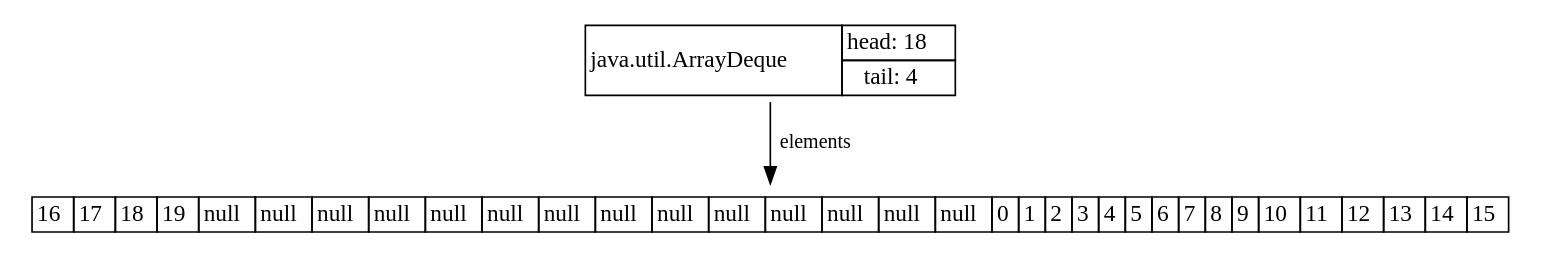
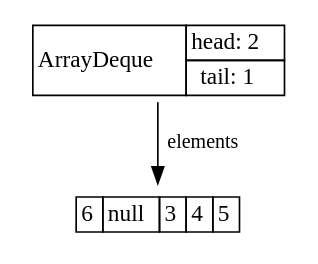
One commit to openjdk/jol changed diagram 11 of 18 in doc/src/main/asciidoc/start.adoc. Above: the diagram before and after it, drawn with Graphviz. The commit also changed other lines of this file and 3 other files, not shown here.

```diff
--- a/doc/src/main/asciidoc/start.adoc
+++ b/doc/src/main/asciidoc/start.adoc
@@ -944,62 +919,32 @@
 [graphviz]
 ----
 digraph Java {
 	rankdir="TB";
 	node[shape=plaintext]
 	n1[label=<
 		<table border='0' cellborder='1' cellspacing='0'>
 			<tr>
-				<td rowspan='3'>java.util.ArrayDeque</td>
+				<td rowspan='3'>ArrayDeque</td>
 			</tr>
 			<tr>
-				<td>head: 18</td>
+				<td>head: 2</td>
 			</tr>
 			<tr>
-				<td>tail: 4</td>
+				<td>tail: 1</td>
 			</tr>
 		</table>
 	>];
 	n2[label=<
 		<table border='0' cellborder='1' cellspacing='0'>
 			<tr>
-				<td>16</td>
-				<td>17</td>
-				<td>18</td>
-				<td>19</td>
+				<td>6</td>
 				<td>null</td>
-				<td>null</td>
-				<td>null</td>
-				<td>null</td>
-				<td>null</td>
-				<td>null</td>
-				<td>null</td>
-				<td>null</td>
-				<td>null</td>
-				<td>null</td>
-				<td>null</td>
-				<td>null</td>
-				<td>null</td>
-				<td>null</td>
-				<td>0</td>
-				<td>1</td>
-				<td>2</td>
 				<td>3</td>
 				<td>4</td>
 				<td>5</td>
-				<td>6</td>
-				<td>7</td>
-				<td>8</td>
-				<td>9</td>
-				<td>10</td>
-				<td>11</td>
-				<td>12</td>
-				<td>13</td>
-				<td>14</td>
-				<td>15</td>
 			</tr>
 		</table>
 	>];
 	n1 -> n2[label="elements",fontsize=12];
 }
-
 ----
```
